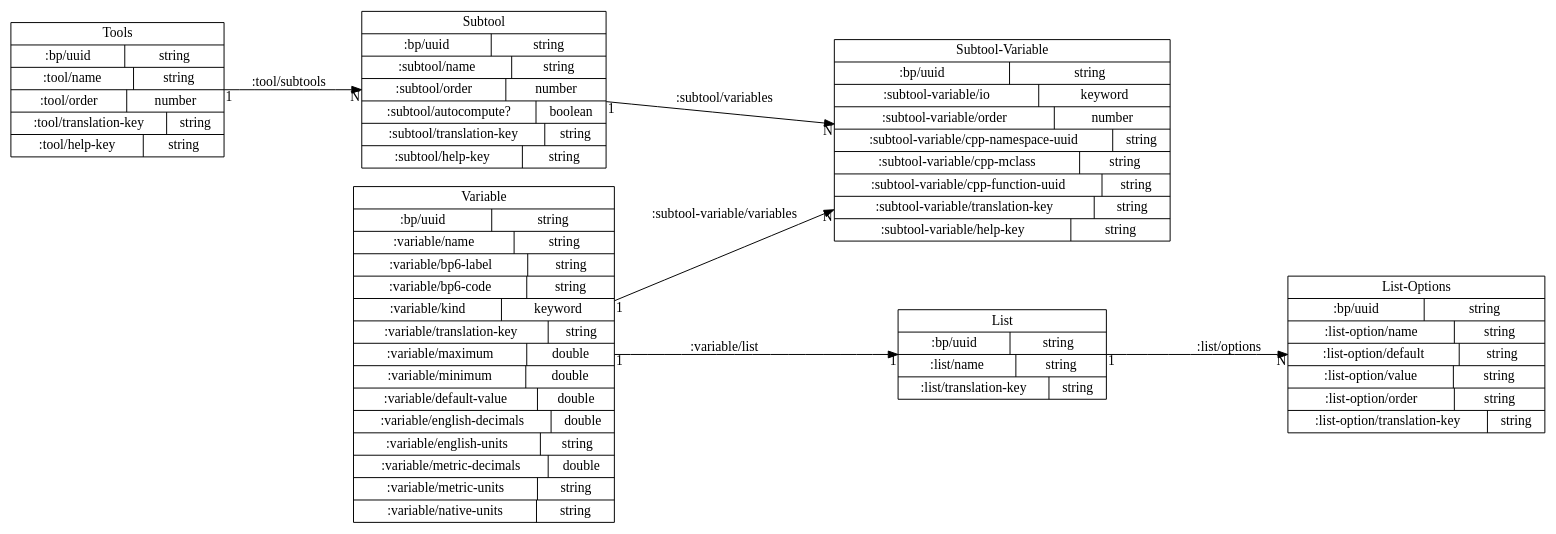
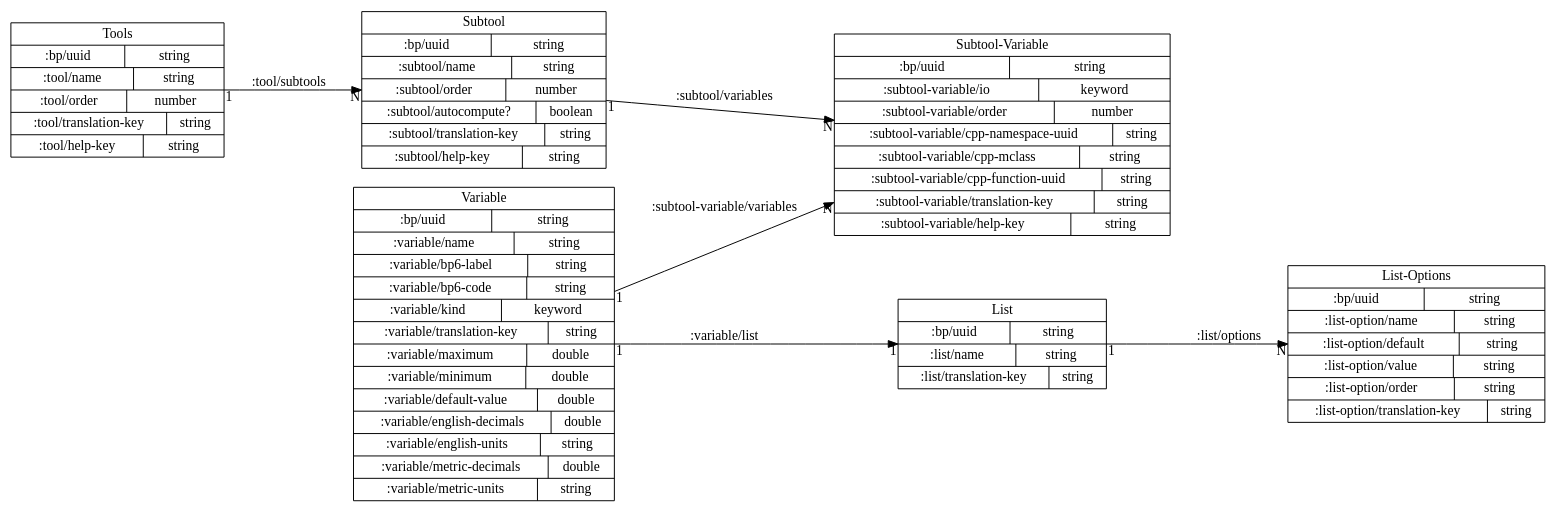
The diagram in README.org (firelab/behave-app), drawn with Graphviz before and after one commit. The commit also changed 1 other file, not shown here.

Commit message:
remove :variable/native-units from ERD

```diff
--- a/README.org
+++ b/README.org
@@ -72,69 +72,68 @@
 #+begin_src dot :results value :file projects/behave/docs/tools-schema.png
 digraph GitHub {
 graph [rankdir = "LR"]
 
 node [shape = record]
 
 Tool [label="Tools
 |{ :bp/uuid              | string }
 |{ :tool/name            | string }
 |{ :tool/order           | number }
 |{ :tool/translation-key | string }
 |{ :tool/help-key        | string }"]
 
 SubTool [label="Subtool
 |{ :bp/uuid                 | string }
 |{ :subtool/name            | string }
 |{ :subtool/order           | number }
 |{ :subtool/autocompute?    | boolean }
 |{ :subtool/translation-key | string }
 |{ :subtool/help-key        | string }"]
 
 SubToolVariable [label="Subtool-Variable
 |{ :bp/uuid                             | string }
 |{ :subtool-variable/io                 | keyword }
 |{ :subtool-variable/order              | number }
 |{ :subtool-variable/cpp-namespace-uuid | string }
 |{ :subtool-variable/cpp-mclass         | string }
 |{ :subtool-variable/cpp-function-uuid  | string }
 |{ :subtool-variable/translation-key    | string }
 |{ :subtool-variable/help-key           | string }"]
 
 Variable [label="Variable
 |{ :bp/uuid                   | string }
 |{ :variable/name             | string }
 |{ :variable/bp6-label        | string }
 |{ :variable/bp6-code         | string }
 |{ :variable/kind             | keyword}
 |{ :variable/translation-key  | string }
 |{ :variable/maximum          | double }
 |{ :variable/minimum          | double }
 |{ :variable/default-value    | double }
 |{ :variable/english-decimals | double }
 |{ :variable/english-units    | string }
 |{ :variable/metric-decimals  | double }
 |{ :variable/metric-units     | string }
-|{ :variable/native-units     | string }
 "]
 List [label="List
 |{ :bp/uuid               | string }
 |{ :list/name             | string }
 |{ :list/translation-key  | string }
 "]
 
 ListOptions [label="List-Options
 |{ :bp/uuid                     | string }
 |{ :list-option/name            | string }
 |{ :list-option/default         | string }
 |{ :list-option/value           | string }
 |{ :list-option/order           | string }
 |{ :list-option/translation-key | string }
 "]
 
 Tool     -> SubTool         [label=":tool/subtools" taillabel=1 headlabel=N]
 SubTool  -> SubToolVariable [label=":subtool/variables" taillabel=1 headlabel=N]
 Variable -> SubToolVariable [label=":subtool-variable/variables" taillabel=1 headlabel=N]
 Variable -> List            [label=":variable/list" taillabel=1 headlabel=1]
 List -> ListOptions         [label=":list/options" taillabel=1 headlabel=N]
 }
 #+end_src
```
